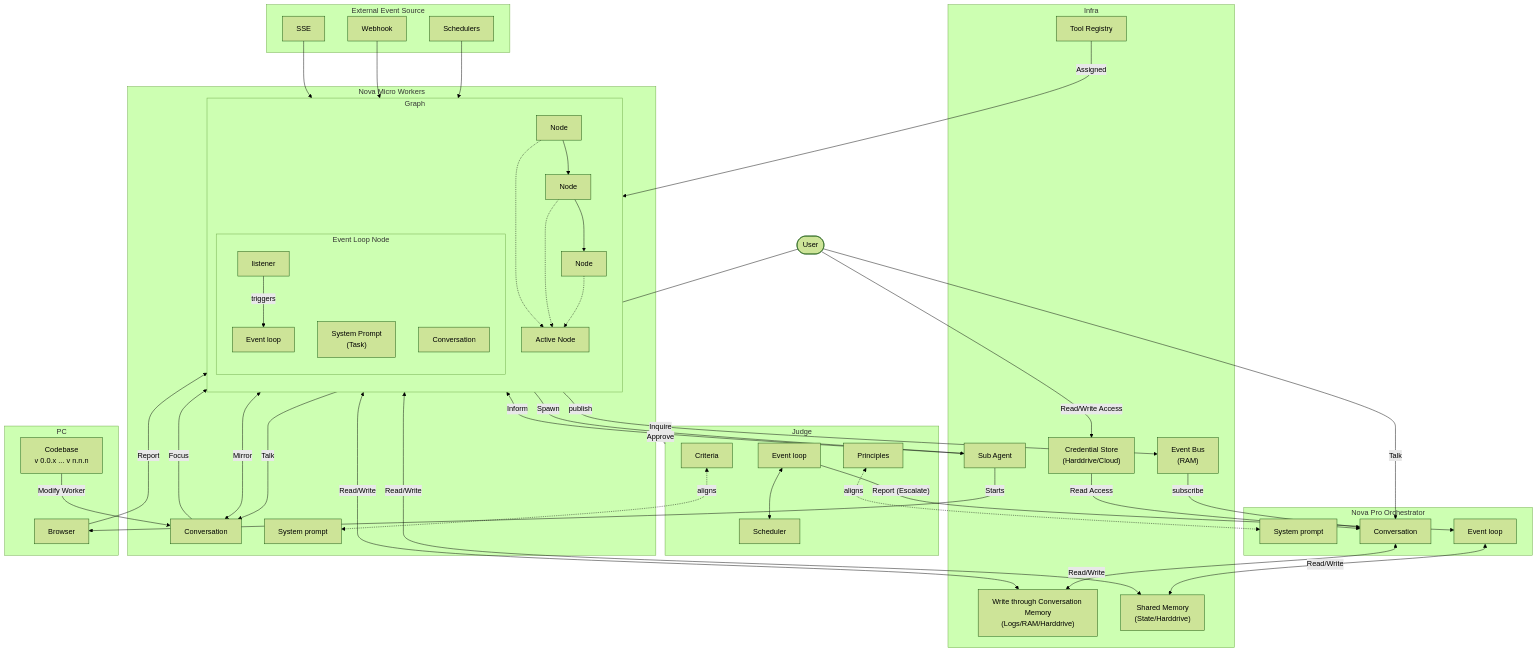
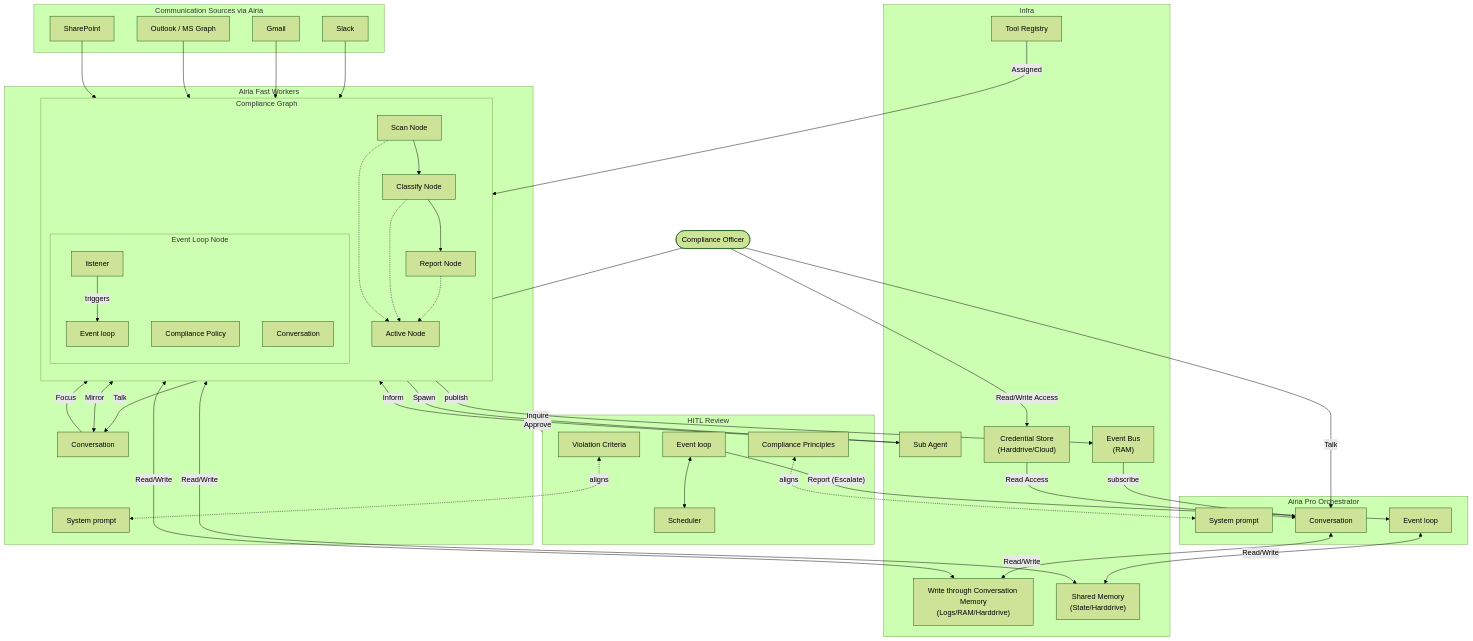
The second of 2 diagrams in README.md (Agentscreator/sentinel-airia-agent), drawn with Mermaid (forest theme) before and after one commit. The commit also changed other lines of this file and 128 other files, not shown here.

First line of the commit message:
Rebrand Nova Nexa → Sentinel, powered by Airia

````diff
--- a/README.md
+++ b/README.md
@@ -203,40 +217,41 @@
 ```mermaid
 flowchart TB
-    User([User])
+    User([Compliance Officer])
 
-    subgraph ExtEventSource [External Event Source]
-        E_Sch["Schedulers"]
-        E_WH["Webhook"]
-        E_SSE["SSE"]
+    subgraph ExtEventSource [Communication Sources via Airia]
+        E_Slack["Slack"]
+        E_Gmail["Gmail"]
+        E_Outlook["Outlook / MS Graph"]
+        E_SharePoint["SharePoint"]
     end
 
-    subgraph Workers [Nova Micro Workers]
+    subgraph Workers [Airia Fast Workers]
         WB_C["Conversation"]
         WB_SP["System prompt"]
 
-        subgraph Graph [Graph]
+        subgraph Graph [Compliance Graph]
             direction TB
-            N1["Node"] --> N2["Node"] --> N3["Node"]
+            N1["Scan Node"] --> N2["Classify Node"] --> N3["Report Node"]
             N1 -.-> AN["Active Node"]
             N2 -.-> AN
             N3 -.-> AN
 
             subgraph EventLoopNode [Event Loop Node]
                 ELN_L["listener"]
-                ELN_SP["System Prompt<br/>(Task)"]
+                ELN_SP["Compliance Policy"]
                 ELN_EL["Event loop"]
                 ELN_C["Conversation"]
             end
         end
     end
 
-    subgraph JudgeNode [Judge]
-        J_C["Criteria"]
-        J_P["Principles"]
+    subgraph JudgeNode [HITL Review]
+        J_C["Violation Criteria"]
+        J_P["Compliance Principles"]
         J_EL["Event loop"] <--> J_S["Scheduler"]
     end
 
-    subgraph Orchestrator [Nova Pro Orchestrator]
+    subgraph Orchestrator [Airia Pro Orchestrator]
         QB_SP["System prompt"]
         QB_EL["Event loop"]
         QB_C["Conversation"]
@@ -251,14 +266,10 @@
         CS["Credential Store<br/>(Harddrive/Cloud)"]
     end
 
-    subgraph PC [PC]
-        B["Browser"]
-        CB["Codebase<br/>v 0.0.x ... v n.n.n"]
-    end
-
-    E_Sch --> ELN_L
-    E_WH --> ELN_L
-    E_SSE --> ELN_L
+    E_Slack --> ELN_L
+    E_Gmail --> ELN_L
+    E_Outlook --> ELN_L
+    E_SharePoint --> ELN_L
     ELN_L -->|"triggers"| ELN_EL
 
     User -->|"Talk"| WB_C
@@ -281,10 +292,7 @@
 
     ELN_EL -->|"Spawn"| SA
     SA -->|"Inform"| ELN_EL
-    SA -->|"Starts"| B
-    B -->|"Report"| ELN_EL
     TR -->|"Assigned"| ELN_EL
-    CB -->|"Modify Worker"| WB_C
 
     AN <-->|"Read/Write"| WTM
     AN <-->|"Read/Write"| SM
````
